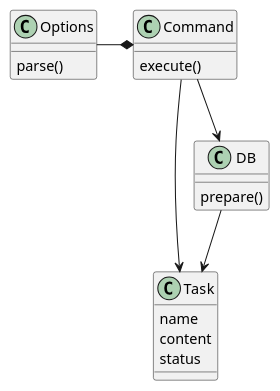
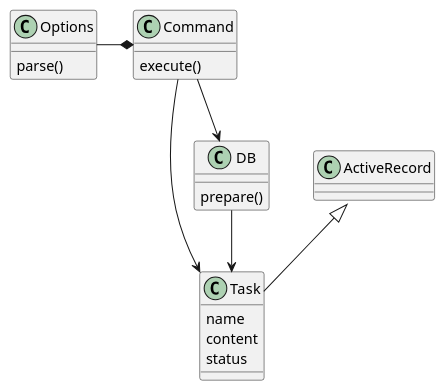
Before and after one commit to k2works/etude_for_rails: the diagram in docs/dev/todo/core_model.puml, drawn with PlantUML. The commit also changed 12 other files, not shown here.

```diff
--- a/docs/dev/todo/core_model.puml
+++ b/docs/dev/todo/core_model.puml
@@ -1,26 +1,27 @@
 @startuml
 
+ActiveRecord::Base <|-- Task
 Command *-l- Options
 Command --> DB
 Command -r-> Task
 DB --> Task
 
 class Command {
 execute()
 }
 
 class Options {
 parse()
 }
 
 class DB {
 prepare()
 }
 
 class Task {
 name
 content
 status
 }
 
 @enduml
```
